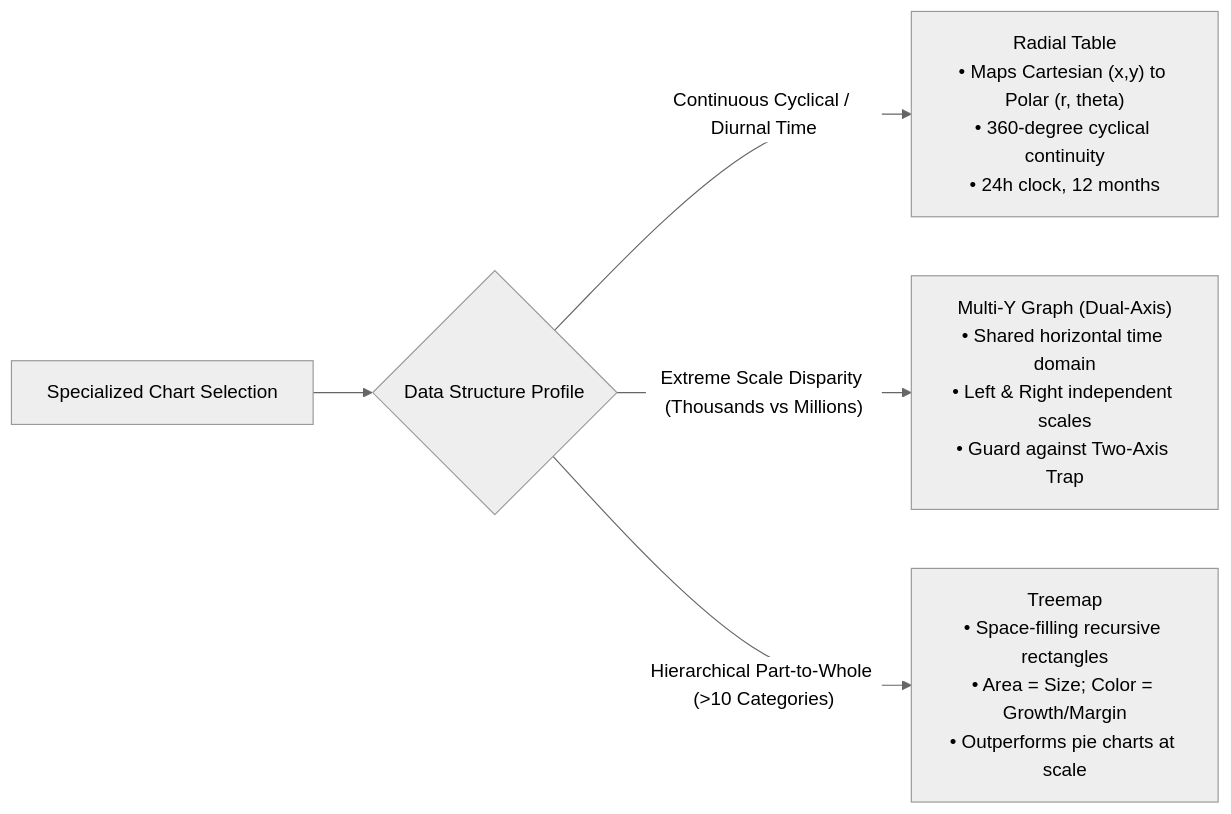
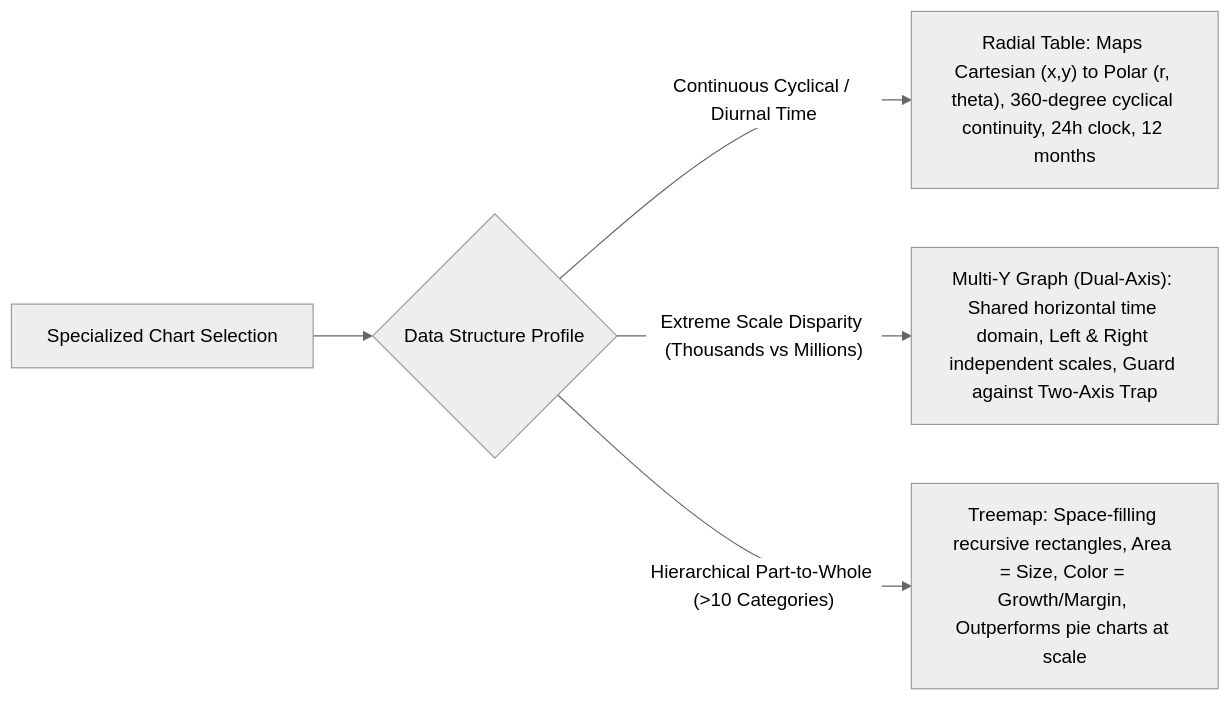
The eighth of 18 diagrams in notes/data_analysis/Unit_5_notes.md (DeepLumiere/DeepSkills), drawn with Mermaid (neutral theme) before and after one commit. The commit also changed other lines of this file and 56 other files, not shown here.

````diff
--- a/notes/data_analysis/Unit_5_notes.md
+++ b/notes/data_analysis/Unit_5_notes.md
@@ -531,7 +531,7 @@
 ```mermaid
 flowchart LR
     A["Specialized Chart Selection"] --> B{"Data Structure Profile"}
-    B -- "Continuous Cyclical / Diurnal Time" --> C["Radial Table<br/>• Maps Cartesian (x,y) to Polar (r, theta)<br/>• 360-degree cyclical continuity<br/>• 24h clock, 12 months"]
-    B -- "Extreme Scale Disparity (Thousands vs Millions)" --> D["Multi-Y Graph (Dual-Axis)<br/>• Shared horizontal time domain<br/>• Left & Right independent scales<br/>• Guard against Two-Axis Trap"]
-    B -- "Hierarchical Part-to-Whole (>10 Categories)" --> E["Treemap<br/>• Space-filling recursive rectangles<br/>• Area = Size; Color = Growth/Margin<br/>• Outperforms pie charts at scale"]
+    B -- "Continuous Cyclical / Diurnal Time" --> C["Radial Table: Maps Cartesian (x,y) to Polar (r, theta), 360-degree cyclical continuity, 24h clock, 12 months"]
+    B -- "Extreme Scale Disparity (Thousands vs Millions)" --> D["Multi-Y Graph (Dual-Axis): Shared horizontal time domain, Left & Right independent scales, Guard against Two-Axis Trap"]
+    B -- "Hierarchical Part-to-Whole (>10 Categories)" --> E["Treemap: Space-filling recursive rectangles, Area = Size, Color = Growth/Margin, Outperforms pie charts at scale"]
 ```
````
